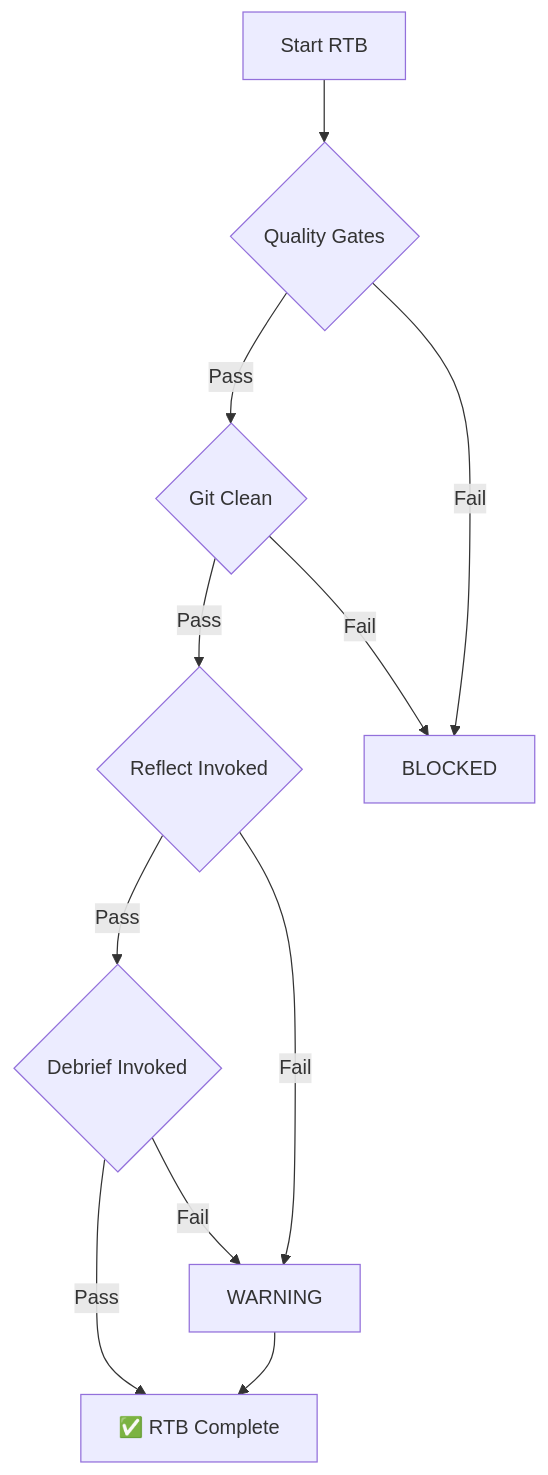
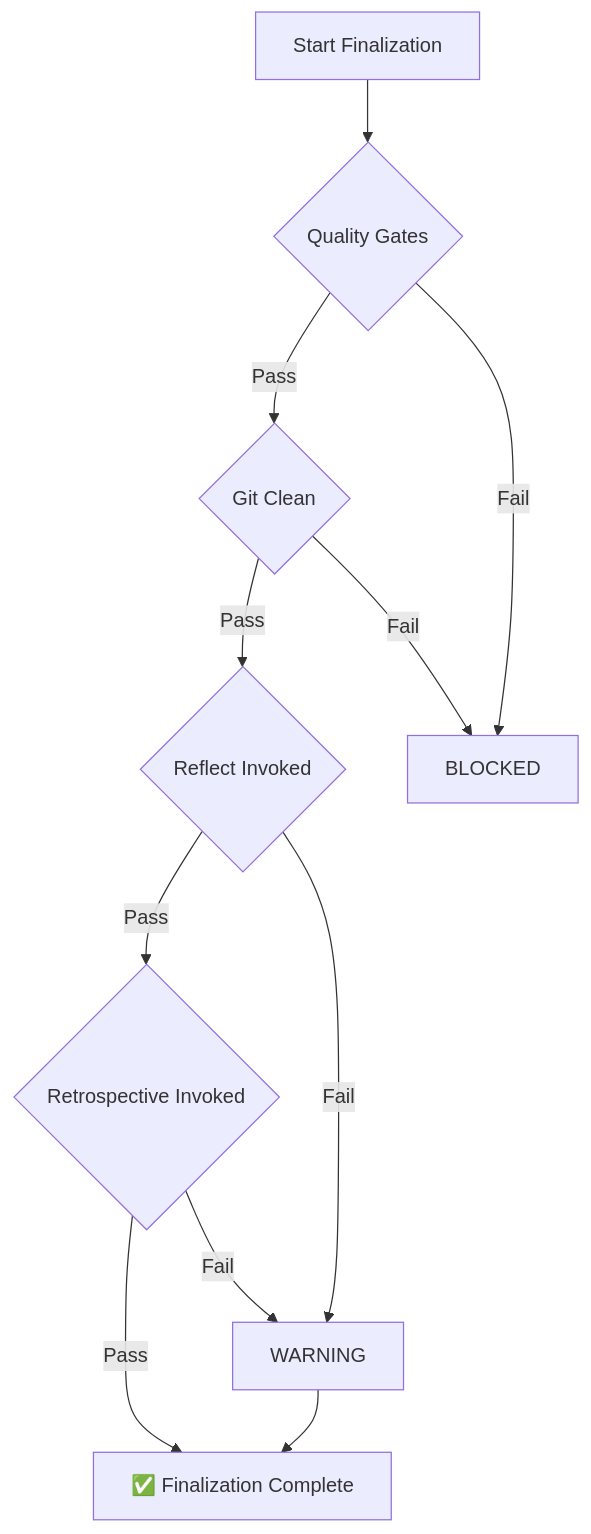
One commit to marcdhansen/dot-gemini changed the second of 2 diagrams in antigravity/skills/FlightDirector/SKILL.md. Above: the diagram before and after it, drawn with Mermaid. The commit also changed other lines of this file and 59 other files, not shown here.

````diff
--- a/antigravity/skills/FlightDirector/SKILL.md
+++ b/antigravity/skills/FlightDirector/SKILL.md
@@ -68,13 +68,13 @@
 ```mermaid
 graph TD
-    A[Start RTB] --> B{Quality Gates}
+    A[Start Finalization] --> B{Quality Gates}
     B -->|Pass| C{Git Clean}
     B -->|Fail| X[BLOCKED]
     C -->|Pass| D{Reflect Invoked}
     C -->|Fail| X
-    D -->|Pass| E{Debrief Invoked}
+    D -->|Pass| E{Retrospective Invoked}
     D -->|Fail| W[WARNING]
-    E -->|Pass| F[✅ RTB Complete]
+    E -->|Pass| F[✅ Finalization Complete]
     E -->|Fail| W
     W --> F
 ```
````
